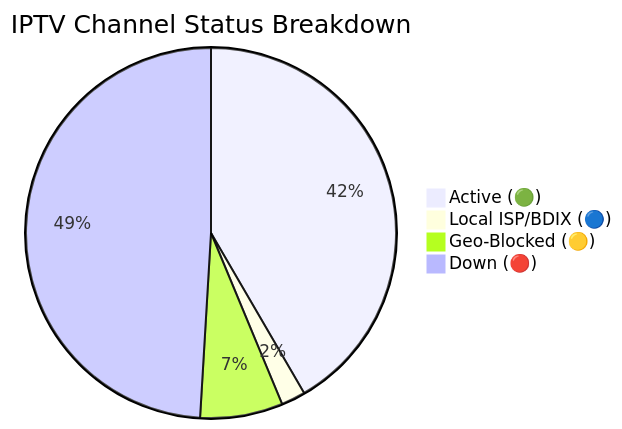
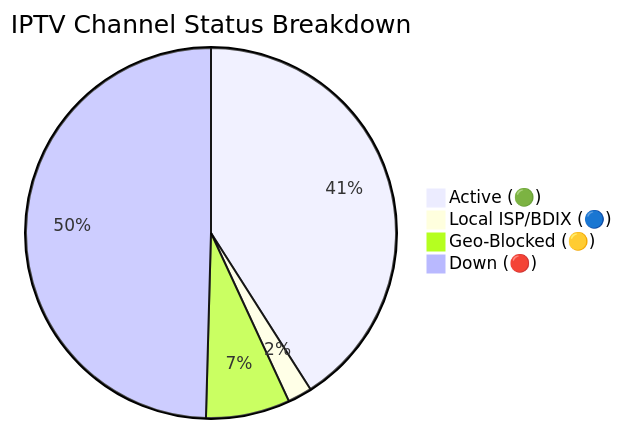
One commit to andreataylord/Ip-tv-Collection changed the diagram in README.md. Above: the diagram before and after it, drawn with Mermaid. The commit also changed other lines of this file and 1 other file, not shown here.

Commit message:
docs(readme): auto-update daily channel status chart

````diff
--- a/README.md
+++ b/README.md
@@ -59,7 +59,7 @@
 ```mermaid
 pie title IPTV Channel Status Breakdown
-    "Active (🟢)" : 2966
+    "Active (🟢)" : 2921
     "Local ISP/BDIX (🔵)" : 151
-    "Geo-Blocked (🟡)" : 514
-    "Down (🔴)" : 3497
+    "Geo-Blocked (🟡)" : 523
+    "Down (🔴)" : 3533
 ```
````
